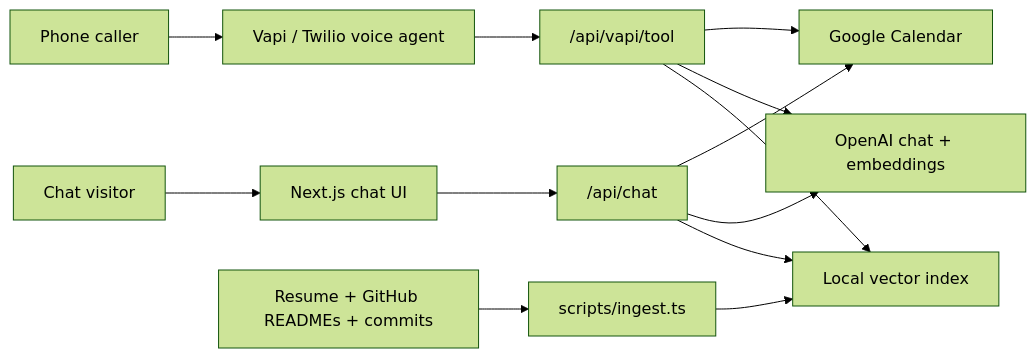
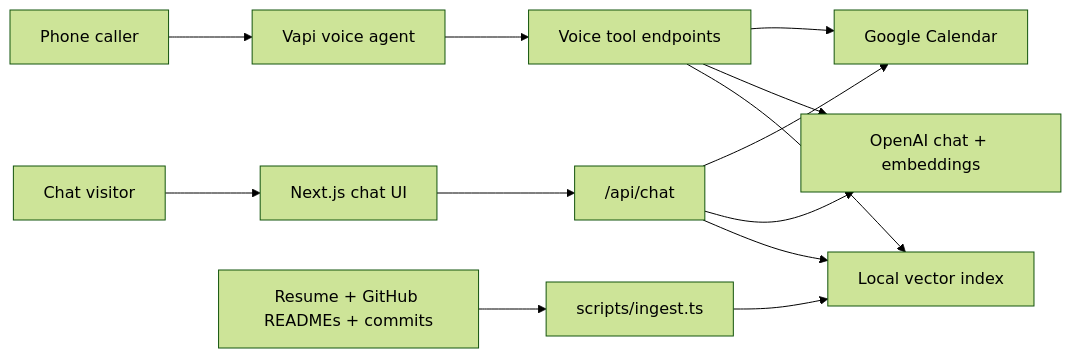
Before and after one commit to np-helios/ai-persona: the diagram in README.md, drawn with Mermaid (forest theme). The commit also changed other lines of this file, not shown here.

````diff
--- a/README.md
+++ b/README.md
@@ -12,15 +18,15 @@
 ```mermaid
 flowchart LR
-  Caller["Phone caller"] --> Vapi["Vapi / Twilio voice agent"]
-  Vapi --> VoiceTools["/api/vapi/tool"]
+  Caller["Phone caller"] --> Vapi["Vapi voice agent"]
+  Vapi --> VoiceTools["Voice tool endpoints"]
   Recruiter["Chat visitor"] --> Web["Next.js chat UI"]
   Web --> ChatAPI["/api/chat"]
   ChatAPI --> RAG["Local vector index"]
   VoiceTools --> RAG
   ChatAPI --> OpenAI["OpenAI chat + embeddings"]
   VoiceTools --> OpenAI
   ChatAPI --> Calendar["Google Calendar"]
   VoiceTools --> Calendar
   Corpus["Resume + GitHub READMEs + commits"] --> Ingest["scripts/ingest.ts"]
   Ingest --> RAG
 ```
````
